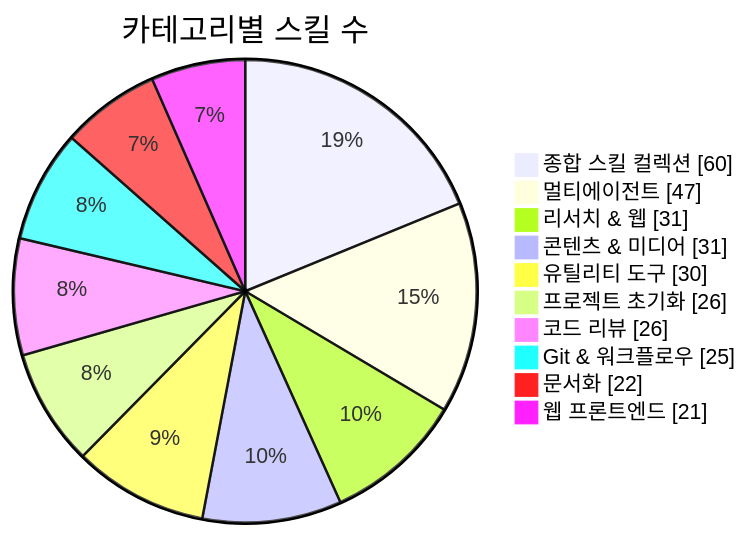
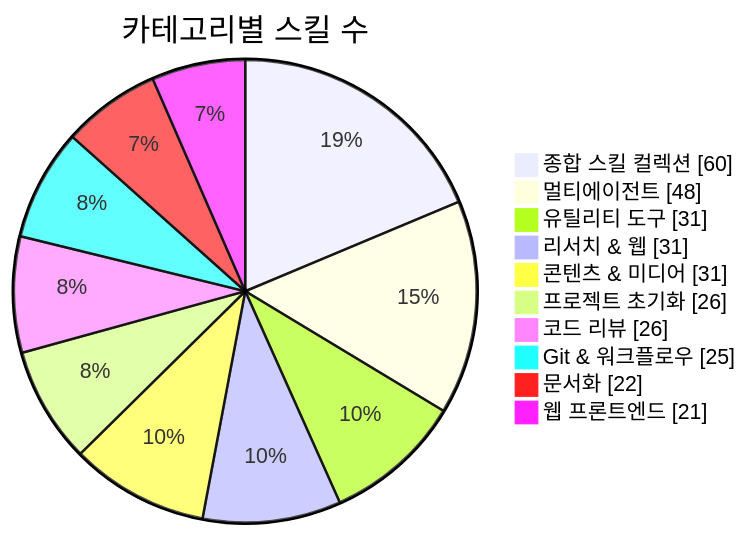
The first of 3 diagrams in README.md (J-nowcow/awesome-korean-agent-skills), drawn with Mermaid before and after one commit. The commit also changed other lines of this file and 5 other files, not shown here.

````diff
--- a/README.md
+++ b/README.md
@@ -176,14 +176,14 @@
 ```mermaid
 pie showData
     title 카테고리별 스킬 수
     "종합 스킬 컬렉션" : 60
-    "멀티에이전트" : 47
+    "멀티에이전트" : 48
+    "유틸리티 도구" : 31
     "리서치 & 웹" : 31
     "콘텐츠 & 미디어" : 31
-    "유틸리티 도구" : 30
     "프로젝트 초기화" : 26
     "코드 리뷰" : 26
     "Git & 워크플로우" : 25
     "문서화" : 22
     "웹 프론트엔드" : 21
 ```
````
